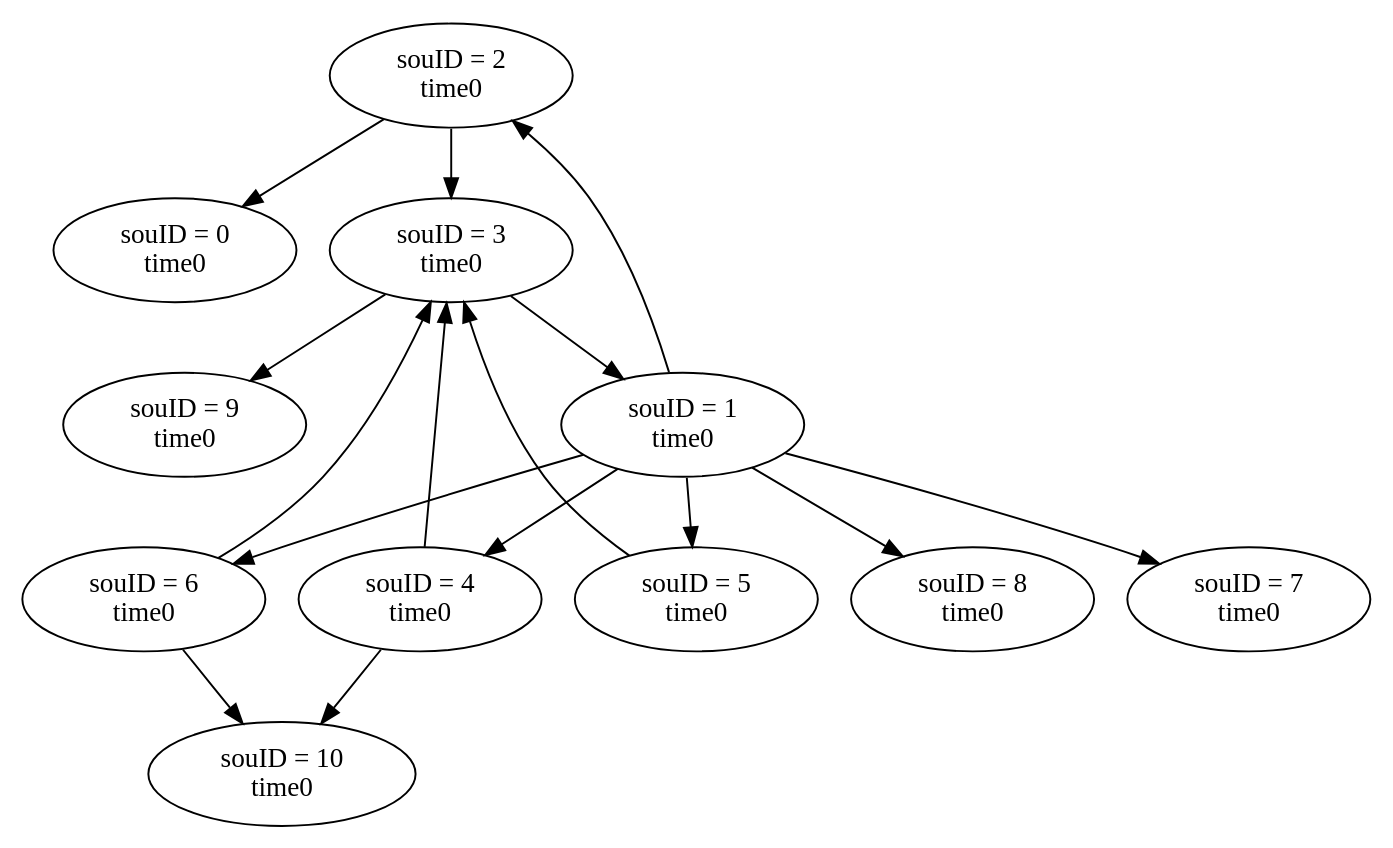
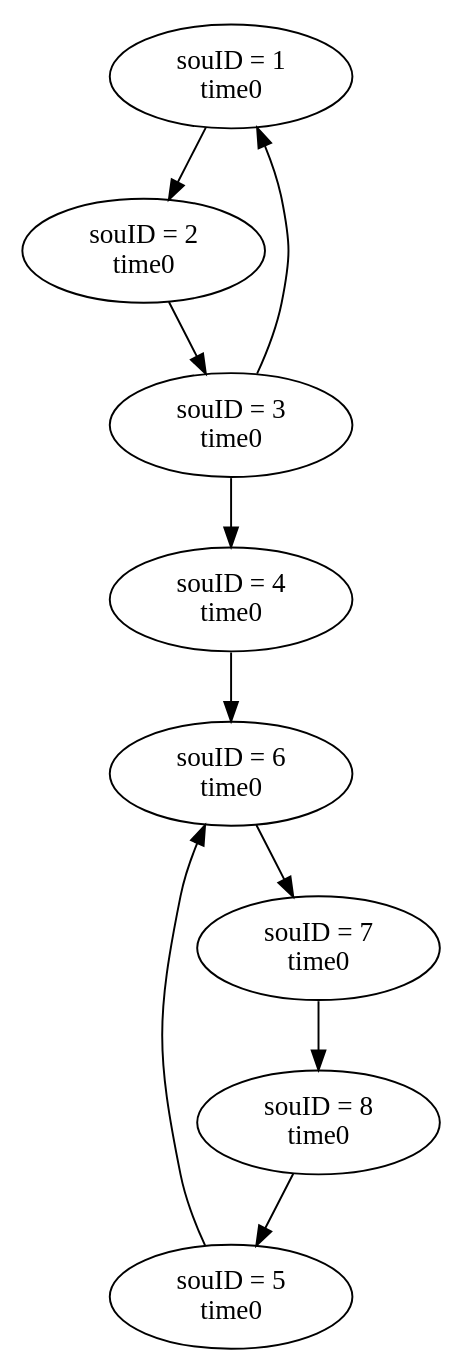
The diagram in gt/originGraph/graph0.gv (zzzzzec/work), drawn with Graphviz before and after one commit. The commit also changed 102 other files, not shown here.

```diff
--- a/gt/originGraph/graph0.gv
+++ b/gt/originGraph/graph0.gv
@@ -1,40 +1,28 @@
 // OriginGraph0
 digraph {
-	0 [label="souID = 0
-time0"]
 	1 [label="souID = 1
 time0"]
 	2 [label="souID = 2
 time0"]
 	3 [label="souID = 3
 time0"]
 	4 [label="souID = 4
 time0"]
 	5 [label="souID = 5
 time0"]
 	6 [label="souID = 6
 time0"]
 	7 [label="souID = 7
 time0"]
 	8 [label="souID = 8
 time0"]
-	9 [label="souID = 9
-time0"]
-	10 [label="souID = 10
-time0"]
 	1 -> 2
-	1 -> 4
-	1 -> 5
-	1 -> 6
-	1 -> 7
-	1 -> 8
-	2 -> 0
 	2 -> 3
-	3 -> 9
 	3 -> 1
-	4 -> 3
-	4 -> 10
-	5 -> 3
-	6 -> 3
-	6 -> 10
+	3 -> 4
+	4 -> 6
+	5 -> 6
+	6 -> 7
+	7 -> 8
+	8 -> 5
 }
```
